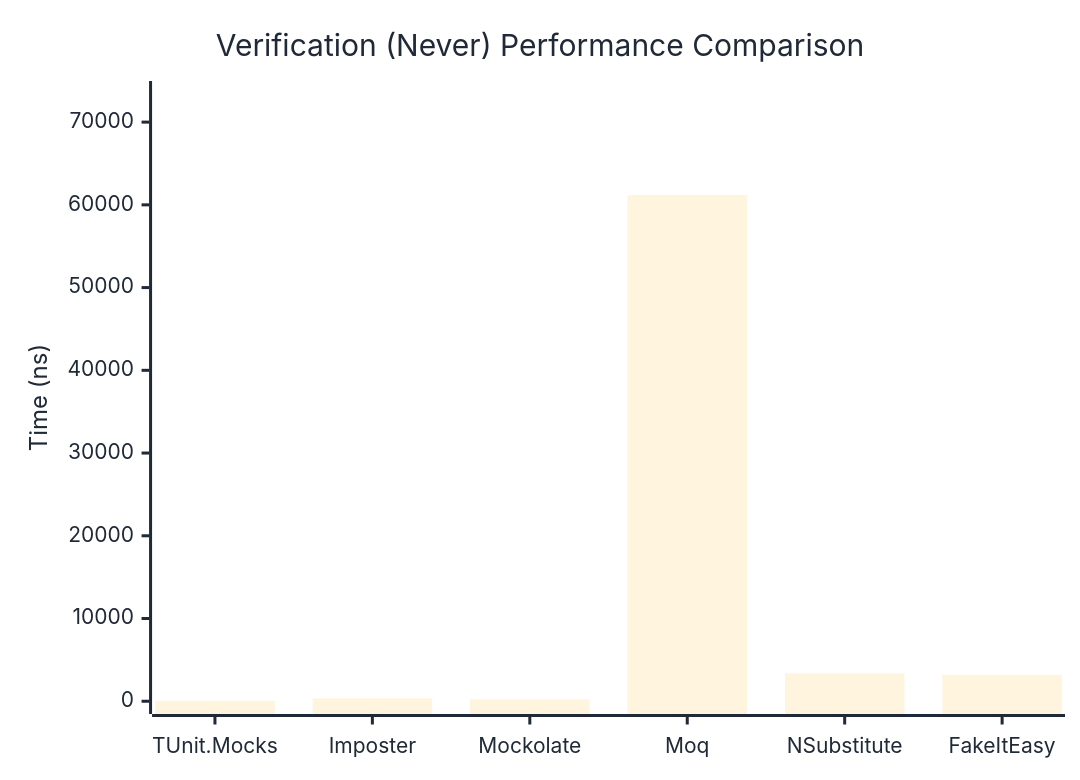
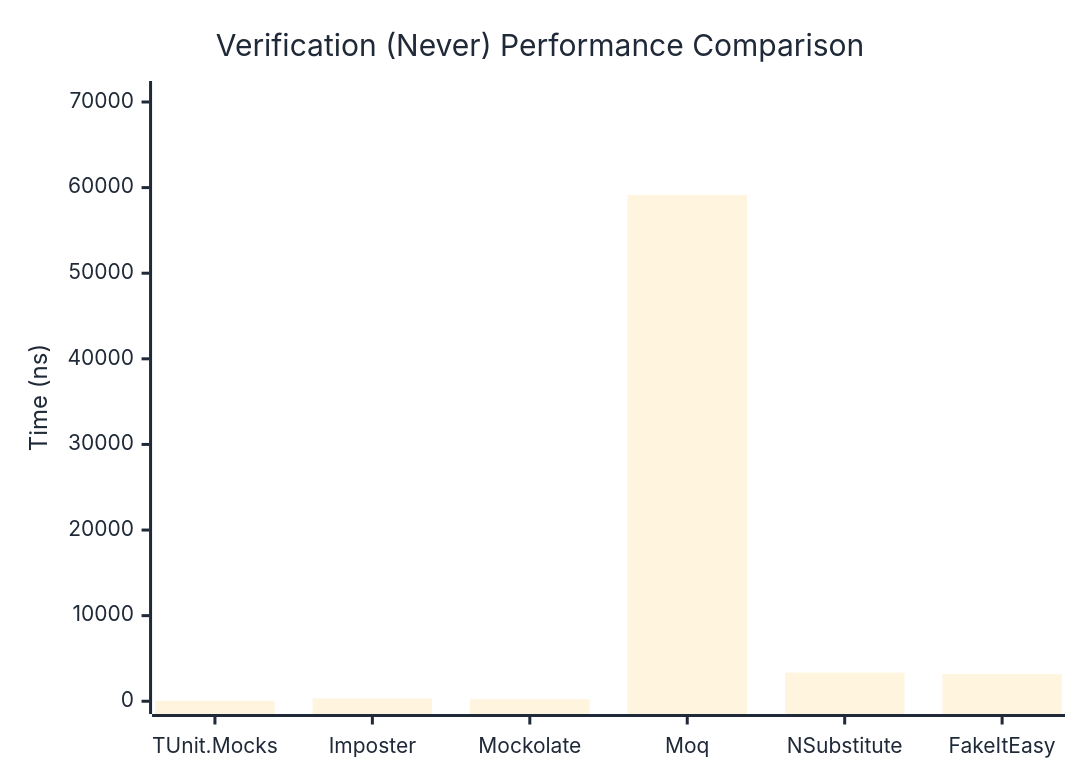
One commit to thomhurst/TUnit changed the second of 3 diagrams in docs/docs/benchmarks/mocks/Verification.md. Above: the diagram before and after it, drawn with Mermaid. The commit also changed other lines of this file and 14 other files, not shown here.

````diff
--- a/docs/docs/benchmarks/mocks/Verification.md
+++ b/docs/docs/benchmarks/mocks/Verification.md
@@ -69,27 +69,27 @@
 ```mermaid
 %%{init: {
   'theme':'base',
   'themeVariables': {
     'primaryColor': '#2563eb',
     'primaryTextColor': '#1f2937',
     'primaryBorderColor': '#1e40af',
     'lineColor': '#6b7280',
     'secondaryColor': '#7c3aed',
     'tertiaryColor': '#dc2626',
     'background': '#ffffff',
     'pie1': '#2563eb',
     'pie2': '#7c3aed',
     'pie3': '#dc2626',
     'pie4': '#f59e0b',
     'pie5': '#10b981',
     'pie6': '#06b6d4',
     'pie7': '#ec4899',
     'pie8': '#6366f1'
   }
 }}%%
 xychart-beta
   title "Verification (Never) Performance Comparison"
   x-axis ["TUnit.Mocks", "Imposter", "Mockolate", "Moq", "NSubstitute", "FakeItEasy"]
-  y-axis "Time (ns)" 0 --> 73429
-  bar [57.04, 340.46, 231.26, 61190.83, 3374.38, 3206.49]
+  y-axis "Time (ns)" 0 --> 70963
+  bar [64.01, 326.35, 230.45, 59135.67, 3342.08, 3179.63]
 ```
````
